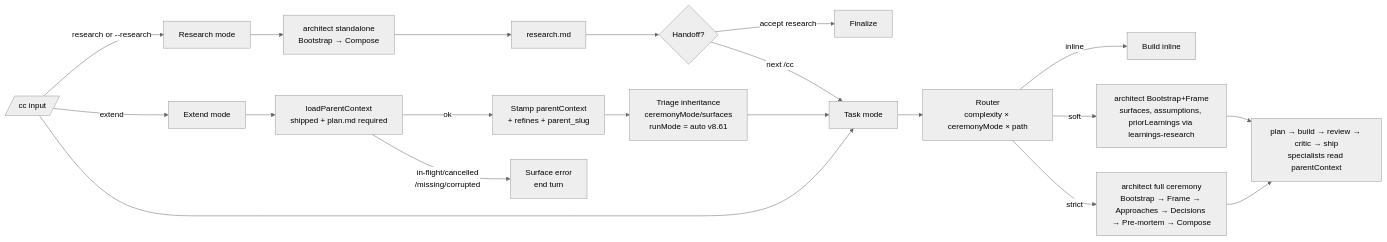
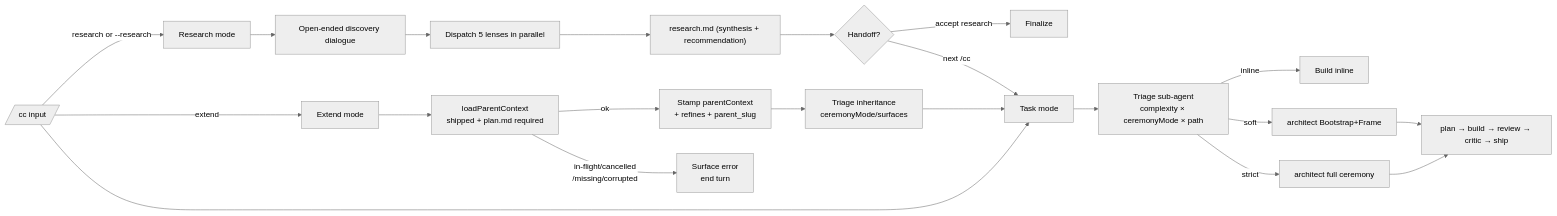
One commit to zuevrs/cclaw changed the diagram in README.md. Above: the diagram before and after it, drawn with Mermaid (neutral theme). The commit also changed other lines of this file, not shown here.

````diff
--- a/README.md
+++ b/README.md
@@ -152,25 +134,26 @@
 ```mermaid
 flowchart LR
     A[/cc input/] -->|"research <topic>" or --research| R[Research mode]
     A -->|"extend <slug> <task>"| E[Extend mode]
     A -->|"<task>"| T[Task mode]
 
-    R --> D1[architect standalone<br/>Bootstrap → Compose]
-    D1 --> RM["research.md"]
+    R --> RD[Open-ended discovery dialogue]
+    RD --> RL[Dispatch 5 lenses in parallel]
+    RL --> RM["research.md (synthesis + recommendation)"]
     RM --> H{Handoff?}
     H -->|"accept research"| END[Finalize]
     H -->|next /cc| T
 
     E --> LC[loadParentContext<br/>shipped + plan.md required]
     LC -->|ok| EI[Stamp parentContext<br/>+ refines + parent_slug]
-    EI --> EHE[Triage inheritance<br/>ceremonyMode/surfaces<br/>runMode = auto v8.61]
+    EI --> EHE[Triage inheritance<br/>ceremonyMode/surfaces]
     EHE --> T
     LC -->|in-flight/cancelled<br/>/missing/corrupted| EERR[Surface error<br/>end turn]
 
-    T --> RT[Router<br/>complexity × ceremonyMode × path]
+    T --> RT[Triage sub-agent<br/>complexity × ceremonyMode × path]
     RT -->|inline| INL[Build inline]
-    RT -->|soft| PL[architect Bootstrap+Frame<br/>surfaces, assumptions, priorLearnings via learnings-research]
-    RT -->|strict| DS[architect full ceremony<br/>Bootstrap → Frame → Approaches → Decisions → Pre-mortem → Compose]
-    PL --> BD[plan → build → review → critic → ship<br/>specialists read parentContext]
+    RT -->|soft| PL[architect Bootstrap+Frame]
+    RT -->|strict| DS[architect full ceremony]
+    PL --> BD[plan → build → review → critic → ship]
     DS --> BD
 ```
````
